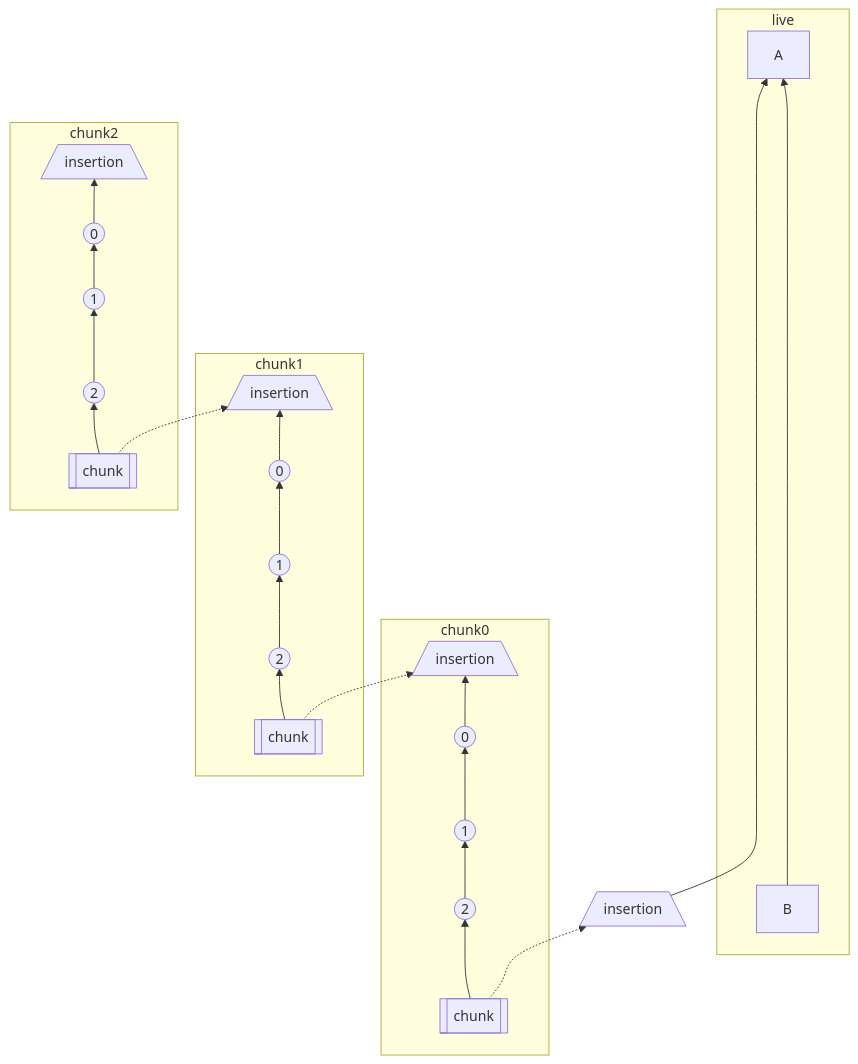
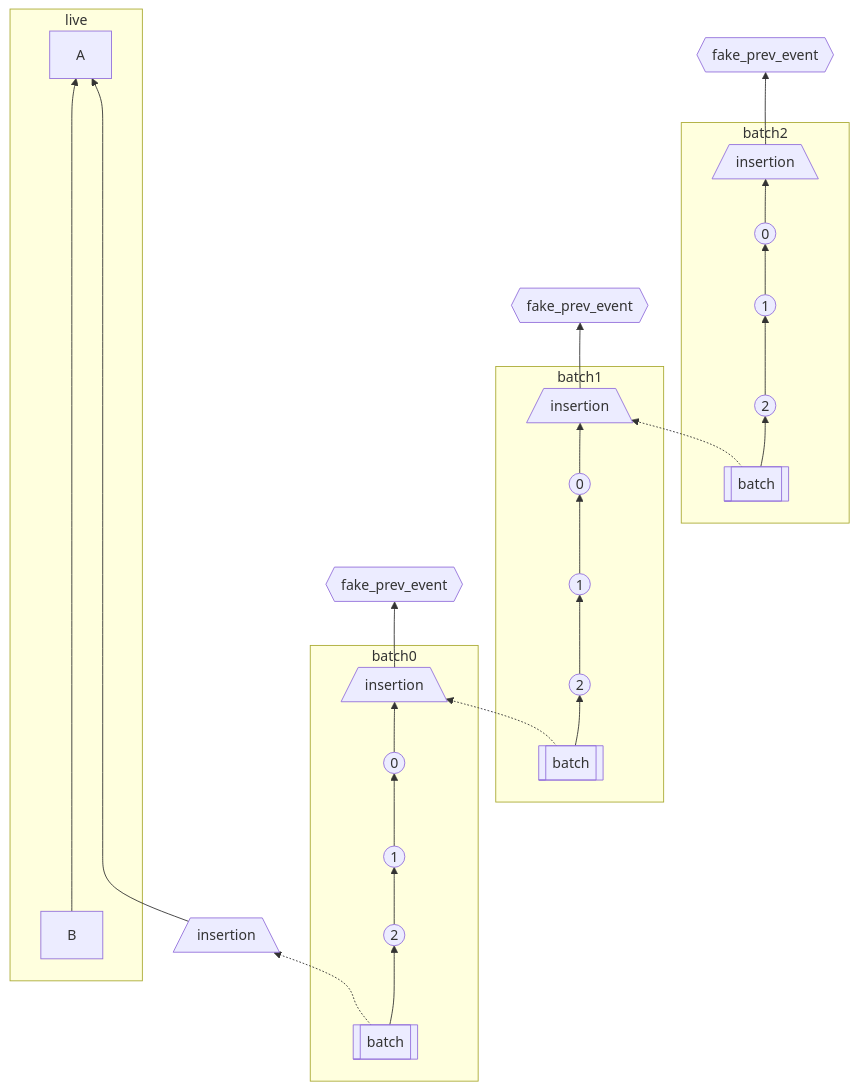
Before and after one commit to matrix-org/matrix-spec-proposals: the second of 3 diagrams in proposals/2716-batch-send-historical-messages.md, drawn with Mermaid. The commit also changed other lines of this file, not shown here.

````diff
--- a/proposals/2716-batch-send-historical-messages.md
+++ b/proposals/2716-batch-send-historical-messages.md
@@ -318,24 +318,29 @@
 ```mermaid
 flowchart BT
     subgraph live
-        B -----------------> A
+        B --------------------> A
     end
     
-    subgraph chunk0
-        chunk0-chunk[["chunk"]] --> chunk0-2(("2")) --> chunk0-1((1)) --> chunk0-0((0)) --> chunk0-insertion[/insertion\]
+    subgraph batch0
+        batch0-batch[["batch"]] --> batch0-2(("2")) --> batch0-1((1)) --> batch0-0((0)) --> batch0-insertion[/insertion\]
     end
 
-    subgraph chunk1
-        chunk1-chunk[["chunk"]] --> chunk1-2(("2")) --> chunk1-1((1)) --> chunk1-0((0)) --> chunk1-insertion[/insertion\]
+    subgraph batch1
+        batch1-batch[["batch"]] --> batch1-2(("2")) --> batch1-1((1)) --> batch1-0((0)) --> batch1-insertion[/insertion\]
     end
     
-    subgraph chunk2
-        chunk2-chunk[["chunk"]] --> chunk2-2(("2")) --> chunk2-1((1)) --> chunk2-0((0)) --> chunk2-insertion[/insertion\]
+    subgraph batch2
+        batch2-batch[["batch"]] --> batch2-2(("2")) --> batch2-1((1)) --> batch2-0((0)) --> batch2-insertion[/insertion\]
     end
 
+
+    batch0-insertion --> fakePrevEvent0{{fake_prev_event}}
+    batch1-insertion --> fakePrevEvent1{{fake_prev_event}}
+    batch2-insertion --> fakePrevEvent2{{fake_prev_event}}
+
     
-    chunk0-insertionBase[/insertion\] -------------> A
-    chunk0-chunk -.-> chunk0-insertionBase[/insertion\]
-    chunk1-chunk -.-> chunk0-insertion
-    chunk2-chunk -.-> chunk1-insertion
+    batch0-insertionBase[/insertion\] ---------------> A
+    batch0-batch -.-> batch0-insertionBase[/insertion\]
+    batch1-batch -.-> batch0-insertion
+    batch2-batch -.-> batch1-insertion
 ```
````
